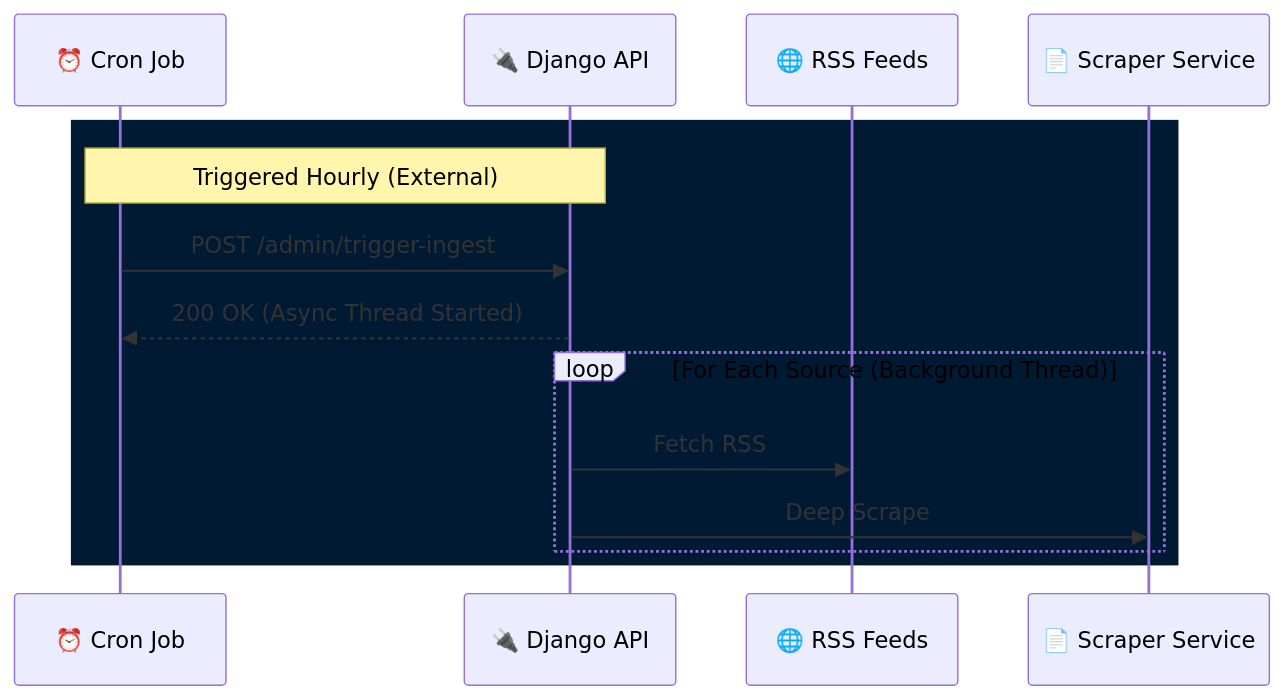
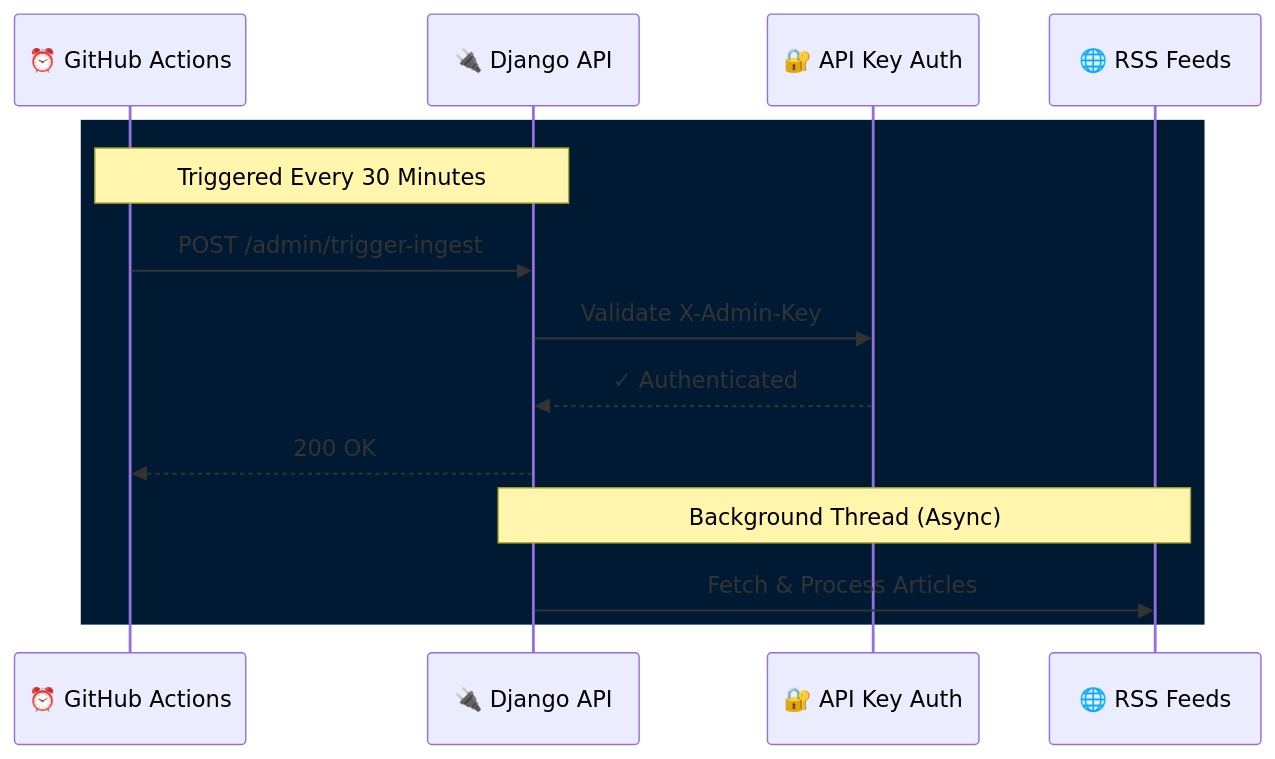
The third of 3 diagrams in README.md (emmanuelrichard01/ULTRA-NEWS), drawn with Mermaid before and after one commit. The commit also changed other lines of this file and 8 other files, not shown here.

````diff
--- a/README.md
+++ b/README.md
@@ -170,18 +178,18 @@
 ```mermaid
 sequenceDiagram
-    participant Cron as ⏰ Cron Job
+    participant GHA as ⏰ GitHub Actions
     participant API as 🔌 Django API
+    participant Auth as 🔐 API Key Auth
     participant RSS as 🌐 RSS Feeds
-    participant Traf as 📄 Scraper Service
 
     rect rgb(0, 26, 51)
-        Note over Cron,API: Triggered Hourly (External)
-        Cron->>API: POST /admin/trigger-ingest
-        API-->>Cron: 200 OK (Async Thread Started)
+        Note over GHA,API: Triggered Every 30 Minutes
+        GHA->>API: POST /admin/trigger-ingest
+        API->>Auth: Validate X-Admin-Key
+        Auth-->>API: ✓ Authenticated
+        API-->>GHA: 200 OK
         
-        loop For Each Source (Background Thread)
-            API->>RSS: Fetch RSS
-            API->>Traf: Deep Scrape
-        end
+        Note over API,RSS: Background Thread (Async)
+        API->>RSS: Fetch & Process Articles
     end
 ```
````
